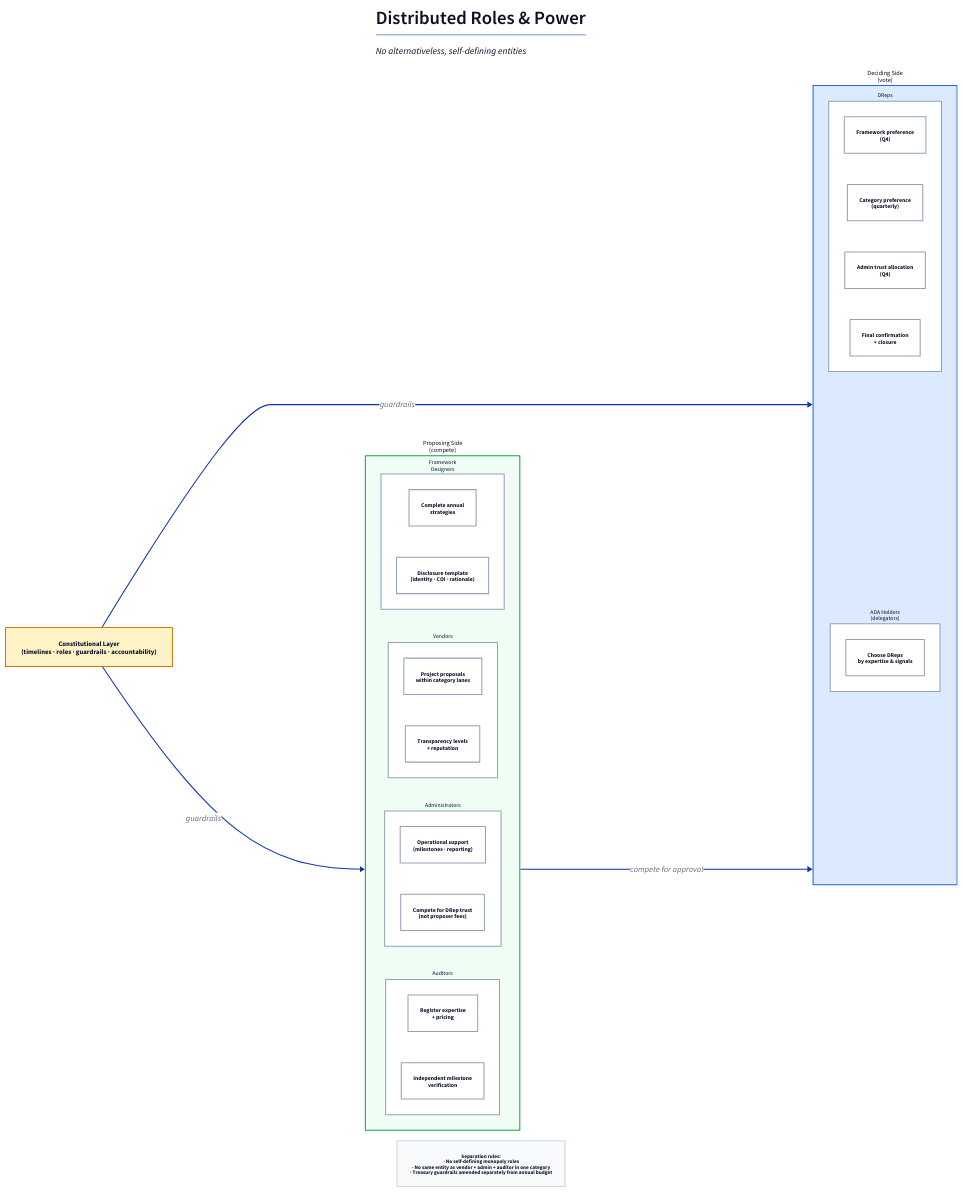
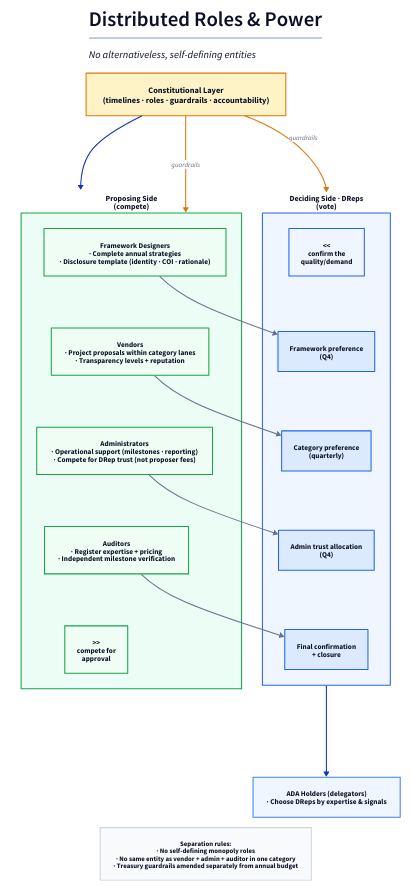
Before and after one commit to gufmar/M-ore-V-iable-G-overnance-: the diagram in docs/diagrams/role-model.d2, drawn with D2. The commit also changed 9 other files, not shown here.

Commit message:
added/changed graphics. general text review and simplifications

```diff
--- a/docs/diagrams/role-model.d2
+++ b/docs/diagrams/role-model.d2
@@ -1,100 +1,157 @@
 # Roles & Responsibilities
-# Competing proposers on one side · DReps and delegators on the other.
+# Constitutional layer on top · aligned propose/decide pairs · bidirectional flow
 
-direction: right
+direction: down
 
 classes: {
   constitutional: {
     style.fill: "#FEF3C7"
     style.stroke: "#D97706"
     style.bold: true
-    style.font-size: 13
+    style.font-size: 16
   }
-  proposer: {
+  proposer-side: {
+    style.fill: "#ECFDF5"
+    style.stroke: "#16A34A"
+    style.bold: true
+    style.font-size: 15
+  }
+  decider-side: {
+    style.fill: "#EFF6FF"
+    style.stroke: "#2563EB"
+    style.bold: true
+    style.font-size: 15
+  }
+  role-propose: {
     style.fill: "#F0FDF4"
     style.stroke: "#16A34A"
-    style.font-size: 12
+    style.font-size: 14
   }
-  decider: {
+  role-decide: {
     style.fill: "#DBEAFE"
     style.stroke: "#2563EB"
-    style.font-size: 12
+    style.font-size: 14
   }
-  role: {
-    style.fill: "#FFFFFF"
-    style.stroke: "#94A3B8"
-    style.font-size: 11
+  delegator: {
+    style.fill: "#EFF6FF"
+    style.stroke: "#3B82F6"
+    style.font-size: 14
+  }
+  flow-out: {
+    style.fill: "#F0FDF4"
+    style.stroke: "#16A34A"
+    style.font-size: 14
+    style.bold: true
+  }
+  flow-in: {
+    style.fill: "#EFF6FF"
+    style.stroke: "#2563EB"
+    style.font-size: 14
+    style.bold: true
+  }
+  guardrail: {
+    style.stroke: "#D97706"
+    style.font-size: 13
   }
   rule: {
     style.fill: "#F8FAFC"
     style.stroke: "#CBD5E1"
-    style.font-size: 10
+    style.font-size: 13
+  }
+  pair-link: {
+    style.stroke: "#64748B"
+    style.font-size: 12
+  }
+  layout: {
+    style.fill: transparent
+    style.stroke: transparent
   }
 }
 
 title: {
   label: |md
     # Distributed Roles & Power
     *No alternativeless, self-defining entities*
   |
   near: top-center
-  style.font-size: 18
+  style.font-size: 20
 }
 
 constitution: "Constitutional Layer\n(timelines · roles · guardrails · accountability)" {
   class: constitutional
 }
 
-proposing: "Proposing Side\n(compete)" {
-  class: proposer
+board: "" {
+  class: layout
+  direction: right
 
-  framework: "Framework\nDesigners" {
-    class: role
-    f1: "Complete annual\nstrategies" { class: role }
-    f2: "Disclosure template\n(identity · COI · rationale)" { class: role }
+  proposing: "Proposing Side\n(compete)" {
+    class: proposer-side
+    direction: down
+
+    framework: "Framework Designers\n· Complete annual strategies\n· Disclosure template (identity · COI · rationale)" {
+      class: role-propose
+    }
+
+    vendor: "Vendors\n· Project proposals within category lanes\n· Transparency levels + reputation" {
+      class: role-propose
+    }
+
+    admin: "Administrators\n· Operational support (milestones · reporting)\n· Compete for DRep trust (not proposer fees)" {
+      class: role-propose
+    }
+
+    auditor: "Auditors\n· Register expertise + pricing\n· Independent milestone verification" {
+      class: role-propose
+    }
+
+    compete: ">>\ncompete for\napproval" {
+      class: flow-out
+    }
+
+    framework -> vendor -> admin -> auditor -> compete {
+      style.opacity: 0
+    }
   }
 
-  vendor: "Vendors" {
-    class: role
-    v1: "Project proposals\nwithin category lanes" { class: role }
-    v2: "Transparency levels\n+ reputation" { class: role }
-  }
+  deciding: "Deciding Side · DReps\n(vote)" {
+    class: decider-side
+    direction: down
 
-  admin: "Administrators" {
-    class: role
-    a1: "Operational support\n(milestones · reporting)" { class: role }
-    a2: "Compete for DRep trust\n(not proposer fees)" { class: role }
-  }
+    confirm: "<<\nconfirm the\nquality/demand" {
+      class: flow-in
+    }
 
-  auditor: "Auditors" {
-    class: role
-    au1: "Register expertise\n+ pricing" { class: role }
-    au2: "Independent milestone\nverification" { class: role }
+    d1: "Framework preference\n(Q4)" { class: role-decide }
+    d2: "Category preference\n(quarterly)" { class: role-decide }
+    d3: "Admin trust allocation\n(Q4)" { class: role-decide }
+    d4: "Final confirmation\n+ closure" { class: role-decide }
+
+    confirm -> d1 -> d2 -> d3 -> d4 {
+      style.opacity: 0
+    }
   }
 }
 
-deciding: "Deciding Side\n(vote)" {
-  class: decider
-
-  drep: "DReps" {
-    class: role
-    d1: "Framework preference\n(Q4)" { class: role }
-    d2: "Category preference\n(quarterly)" { class: role }
-    d3: "Admin trust allocation\n(Q4)" { class: role }
-    d4: "Final confirmation\n+ closure" { class: role }
-  }
-
-  delegator: "ADA Holders\n(delegators)" {
-    class: role
-    h1: "Choose DReps\nby expertise & signals" { class: role }
-  }
+delegator: "ADA Holders (delegators)\n· Choose DReps by expertise & signals" {
+  class: delegator
 }
-
-constitution -> proposing: "guardrails"
-constitution -> deciding: "guardrails"
-proposing -> deciding: "compete for approval"
 
 rules: "Separation rules:\n· No self-defining monopoly roles\n· No same entity as vendor + admin + auditor in one category\n· Treasury guardrails amended separately from annual budget" {
   class: rule
   near: bottom-center
 }
+
+constitution -> board
+
+# Constitutional guardrails fan out left and right
+constitution -> board.proposing: guardrails { class: guardrail }
+constitution -> board.deciding: guardrails { class: guardrail }
+
+# Four paired decision domains
+board.proposing.framework -> board.deciding.d1 { class: pair-link }
+board.proposing.vendor -> board.deciding.d2 { class: pair-link }
+board.proposing.admin -> board.deciding.d3 { class: pair-link }
+board.proposing.auditor -> board.deciding.d4 { class: pair-link }
+
+board.deciding -> delegator
```
